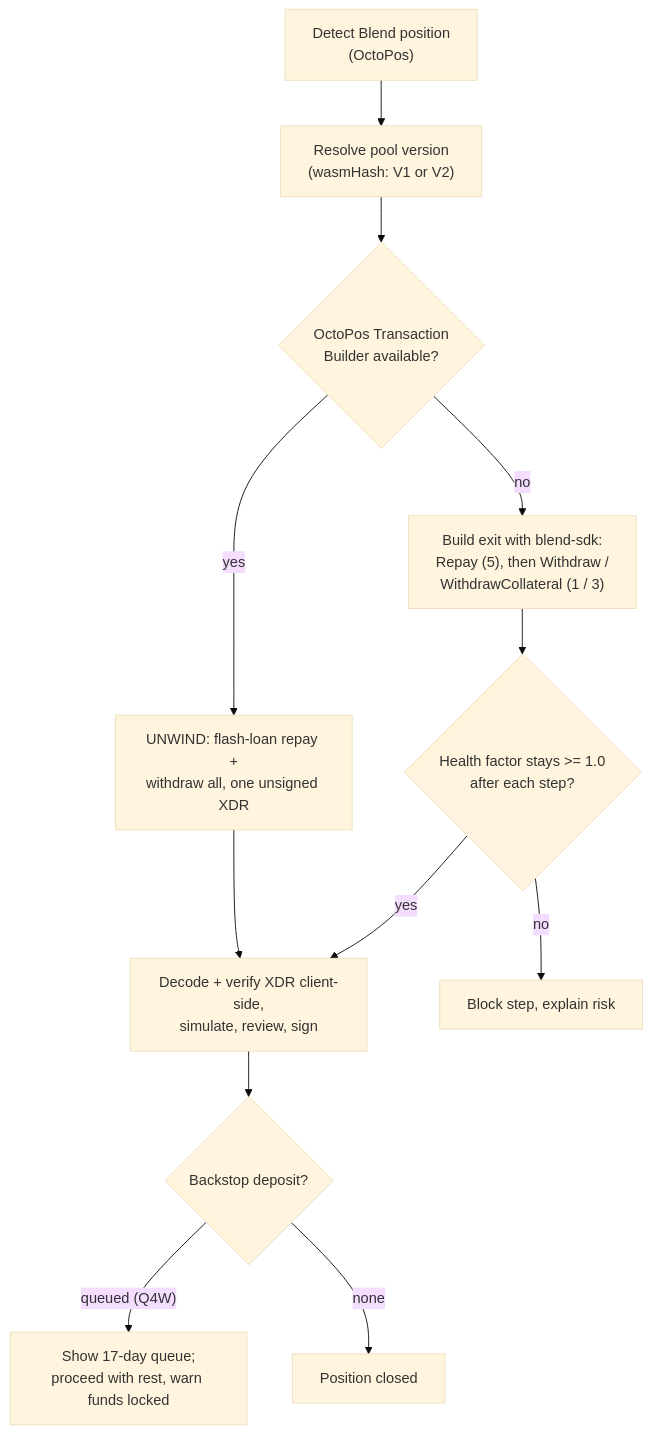
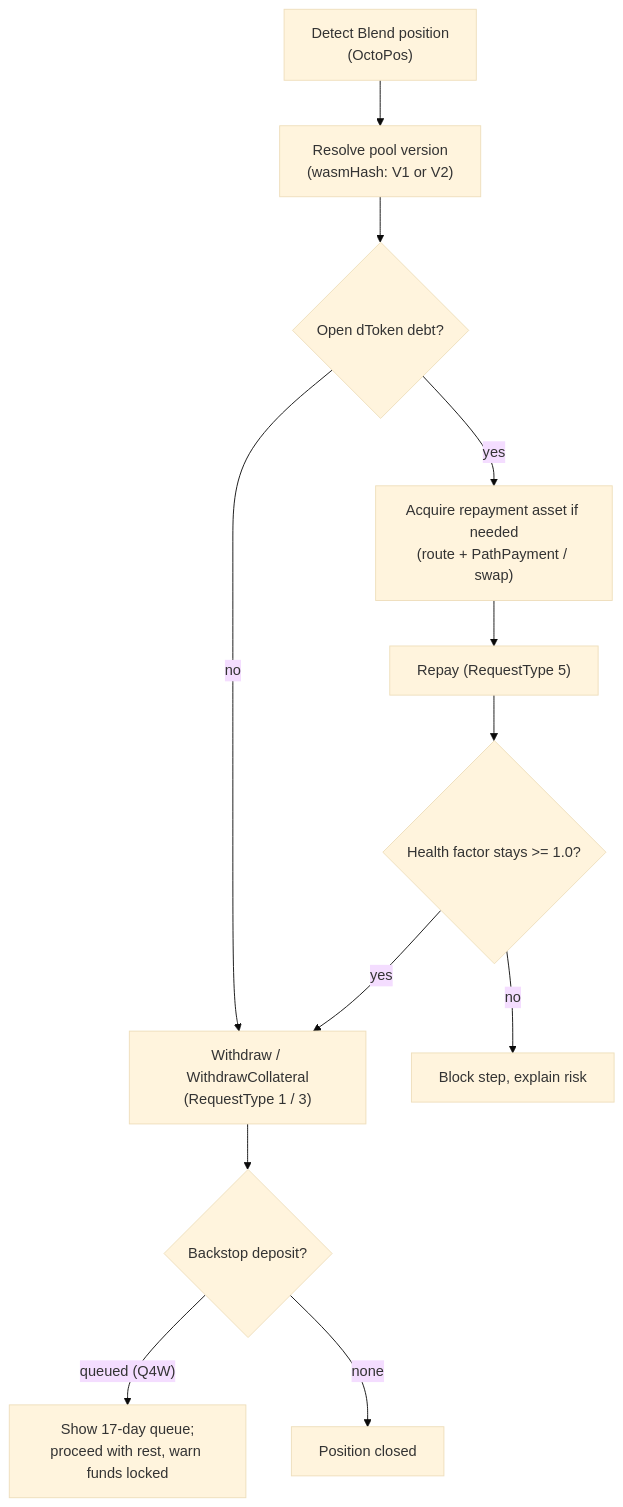
The seventh of 9 diagrams in docs/architecture.md (OscarGauss/lumenwipe), drawn with Mermaid (base theme) before and after one commit. The commit also changed other lines of this file, not shown here.

First line of the commit message:
docs: build all DeFi exits client-side, drop the OctoPos Transaction Builder dependency

````diff
--- a/docs/architecture.md
+++ b/docs/architecture.md
@@ -388,14 +388,14 @@
 ```mermaid
 flowchart TD
     detect["Detect Blend position<br/>(OctoPos)"] --> ver["Resolve pool version<br/>(wasmHash: V1 or V2)"]
-    ver --> txb{"OctoPos Transaction<br/>Builder available?"}
-    txb -->|"yes"| unwind["UNWIND: flash-loan repay +<br/>withdraw all, one unsigned XDR"]
-    unwind --> verify["Decode + verify XDR client-side,<br/>simulate, review, sign"]
-    txb -->|"no"| manual["Build exit with blend-sdk:<br/>Repay (5), then Withdraw /<br/>WithdrawCollateral (1 / 3)"]
-    manual --> hf{"Health factor stays >= 1.0<br/>after each step?"}
-    hf -->|"yes"| verify
+    ver --> hasdebt{"Open dToken debt?"}
+    hasdebt -->|"yes"| acquire["Acquire repayment asset if needed<br/>(route + PathPayment / swap)"]
+    acquire --> repay["Repay (RequestType 5)"]
+    hasdebt -->|"no"| withdraw
+    repay --> hf{"Health factor stays >= 1.0?"}
+    hf -->|"yes"| withdraw["Withdraw / WithdrawCollateral<br/>(RequestType 1 / 3)"]
     hf -->|"no"| block["Block step, explain risk"]
-    verify --> backstop{"Backstop deposit?"}
+    withdraw --> backstop{"Backstop deposit?"}
     backstop -->|"queued (Q4W)"| wait["Show 17-day queue;<br/>proceed with rest, warn funds locked"]
     backstop -->|"none"| done["Position closed"]
 ```
````
